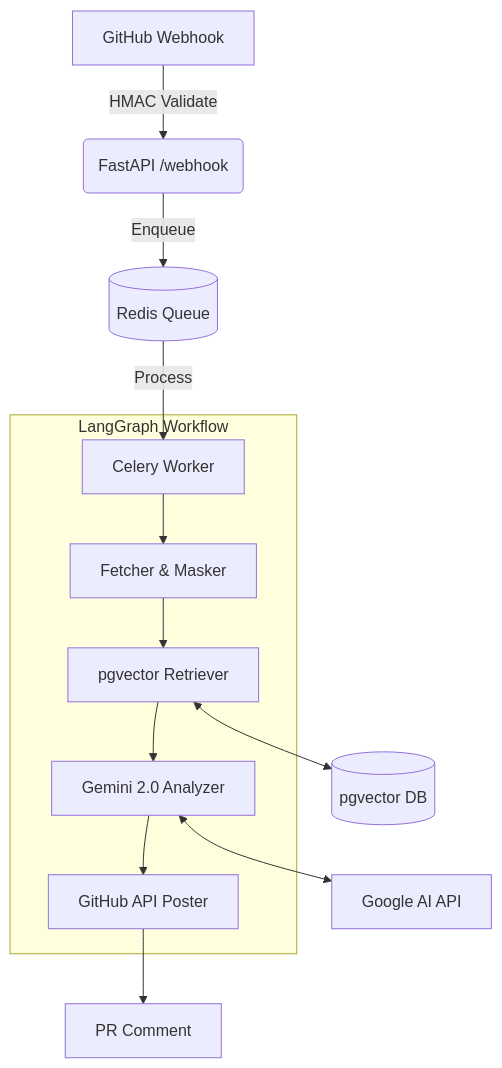
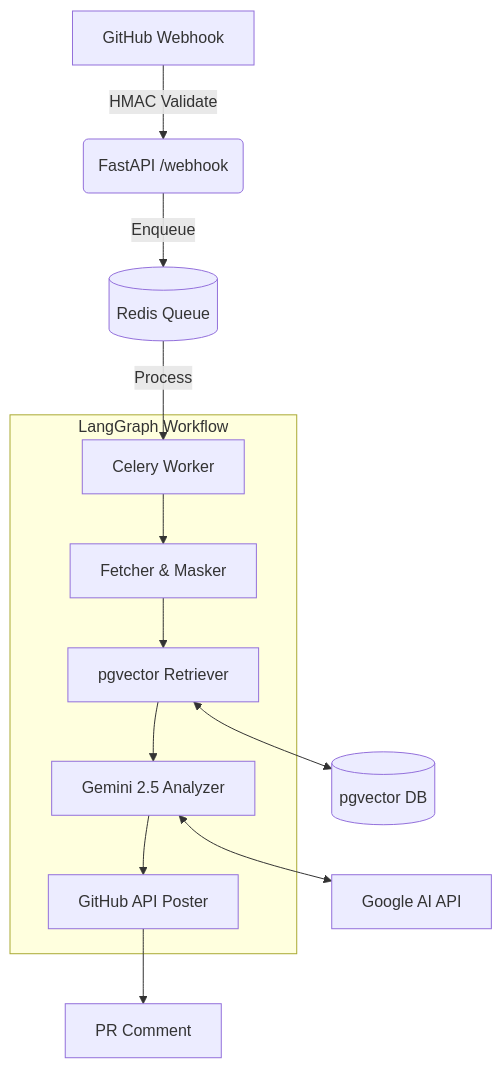
The diagram in README.md (whis-23/Ambient-Code-Reviewer), drawn with Mermaid before and after one commit. The commit also changed other lines of this file, not shown here.

````diff
--- a/README.md
+++ b/README.md
@@ -24,17 +25,18 @@
 ```mermaid
 graph TD
     A[GitHub Webhook] -->|HMAC Validate| B(FastAPI /webhook)
     B -->|Enqueue| C[(Redis Queue)]
     C -->|Process| D[Celery Worker]
     
     subgraph "LangGraph Workflow"
         D --> E[Fetcher & Masker]
         E --> F[pgvector Retriever]
-        F --> G[Gemini 2.0 Analyzer]
+        F --> G[Gemini 2.5 Analyzer]
+
         G --> H[GitHub API Poster]
     end
     
     F <--> I[(pgvector DB)]
     G <--> J[Google AI API]
     H --> K[PR Comment]
 ```
````
